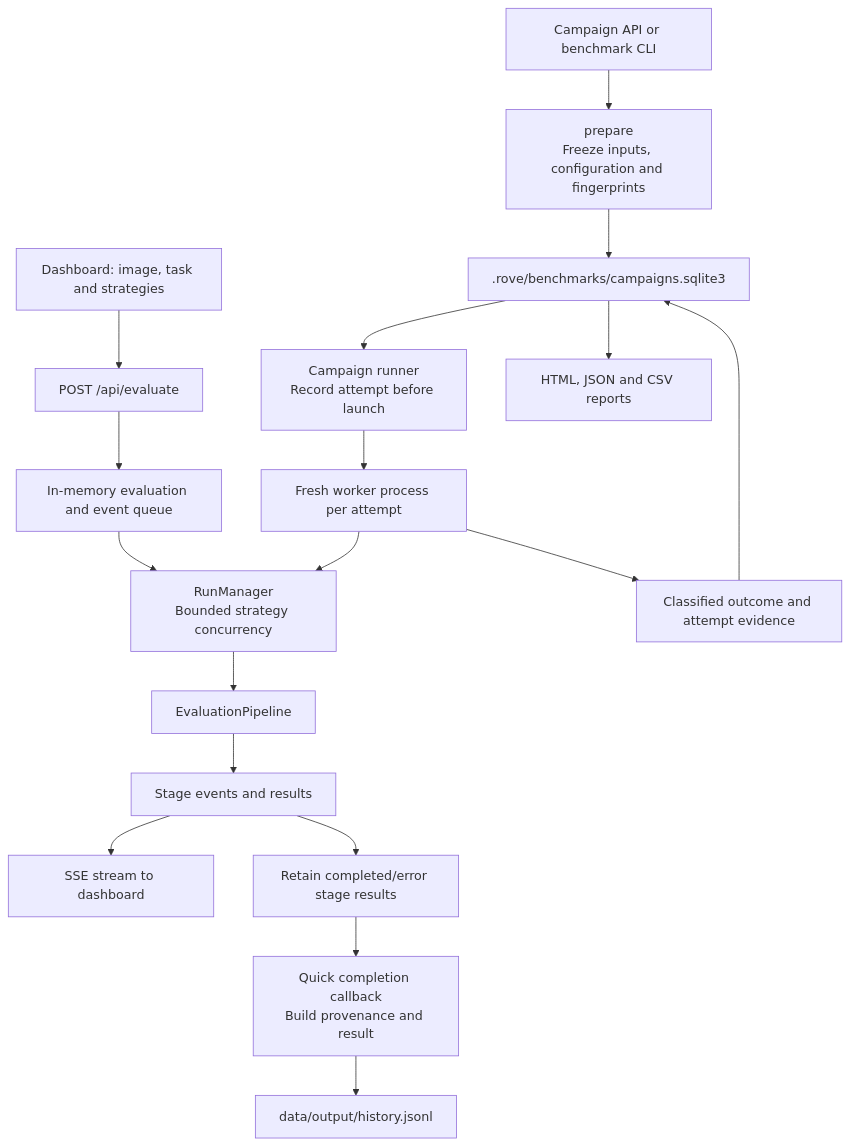
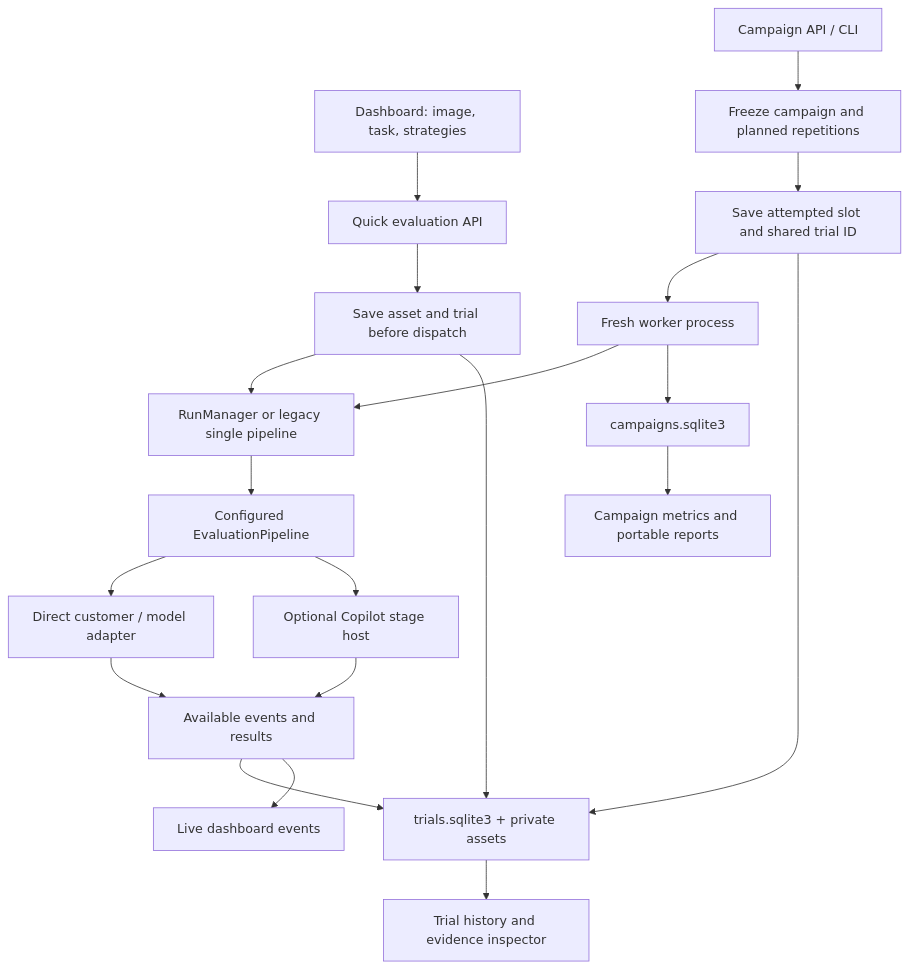
One commit to niksacdev/rove changed the first of 2 diagrams in docs/architecture/current-implementation.md. Above: the diagram before and after it, drawn with Mermaid. The commit also changed other lines of this file and 33 other files, not shown here.

Commit message:
Record durable trials and add Copilot runtime with evidence history (#17)

````diff
--- a/docs/architecture/current-implementation.md
+++ b/docs/architecture/current-implementation.md
@@ -19,21 +18,22 @@
 ```mermaid
 flowchart TD
-    UI["Dashboard: image, task and strategies"] --> API["POST /api/evaluate"]
-    API --> MEM["In-memory evaluation and event queue"]
-    MEM --> RM["RunManager<br/>Bounded strategy concurrency"]
-    RM --> PIPE["EvaluationPipeline"]
-    PIPE --> EVENTS["Stage events and results"]
-    EVENTS --> SSE["SSE stream to dashboard"]
-    EVENTS --> RETAIN["Retain completed/error stage results"]
-    RETAIN --> QUICK["Quick completion callback<br/>Build provenance and result"]
-    QUICK --> JSONL["data/output/history.jsonl"]
-
-    CP["Campaign API or benchmark CLI"] --> PREP["prepare<br/>Freeze inputs, configuration and fingerprints"]
-    PREP --> DB[".rove/benchmarks/campaigns.sqlite3"]
-    DB --> RUN["Campaign runner<br/>Record attempt before launch"]
-    RUN --> WORK["Fresh worker process per attempt"]
+    UI["Dashboard: image, task, strategies"] --> API["Quick evaluation API"]
+    API --> START["Save asset and trial before dispatch"]
+    START --> RM["RunManager or legacy single pipeline"]
+    CP["Campaign API / CLI"] --> PLAN["Freeze campaign and planned repetitions"]
+    PLAN --> SLOT["Save attempted slot and shared trial ID"]
+    SLOT --> WORK["Fresh worker process"]
     WORK --> RM
-    WORK --> RESULT["Classified outcome and attempt evidence"]
-    RESULT --> DB
-    DB --> REPORT["HTML, JSON and CSV reports"]
+    RM --> PIPE["Configured EvaluationPipeline"]
+    PIPE --> DIRECT["Direct customer / model adapter"]
+    PIPE --> SDK["Optional Copilot stage host"]
+    DIRECT --> REC["Available events and results"]
+    SDK --> REC
+    START --> DB["trials.sqlite3 + private assets"]
+    SLOT --> DB
+    REC --> DB
+    REC --> LIVE["Live dashboard events"]
+    DB --> HISTORY["Trial history and evidence inspector"]
+    WORK --> CDB["campaigns.sqlite3"]
+    CDB --> REPORT["Campaign metrics and portable reports"]
 ```
````
